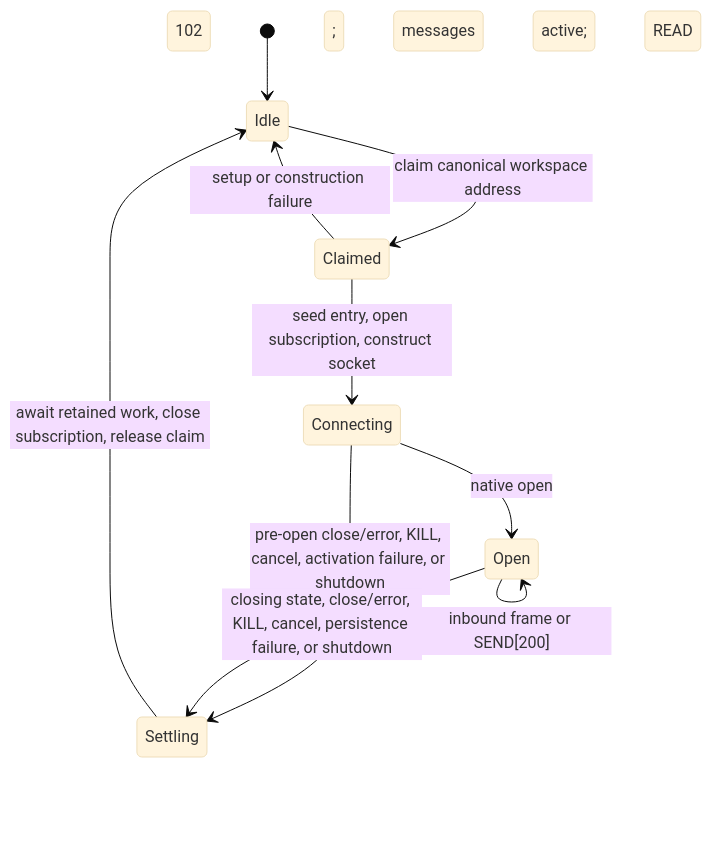
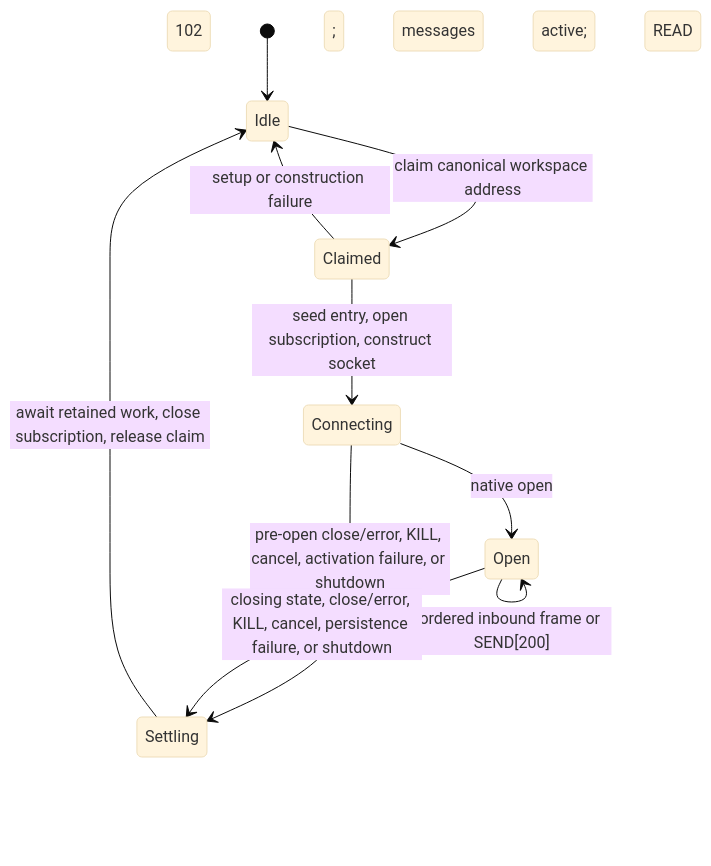
Before and after one commit to plurnk/plurnk-service: the second of 2 diagrams in plurnk-schemes-http/SPEC.md, drawn with Mermaid (base theme). The commit also changed other lines of this file and 2 other files, not shown here.

Commit message:
fix(wss): serialize inbound frame persistence (#139)

````diff
--- a/plurnk-schemes-http/SPEC.md
+++ b/plurnk-schemes-http/SPEC.md
@@ -319,12 +319,12 @@
 ```mermaid
 stateDiagram-v2
     [*] --> Idle
     Idle --> Claimed: claim canonical workspace address
     Claimed --> Connecting: seed entry, open subscription, construct socket
     Claimed --> Idle: setup or construction failure
     Connecting --> Open: native open; messages active; READ 102
     Connecting --> Settling: pre-open close/error, KILL, cancel, activation failure, or shutdown
-    Open --> Open: inbound frame or SEND[200]
+    Open --> Open: ordered inbound frame or SEND[200]
     Open --> Settling: closing state, close/error, KILL, cancel, persistence failure, or shutdown
     Settling --> Idle: await retained work, close subscription, release claim
 ```
````
